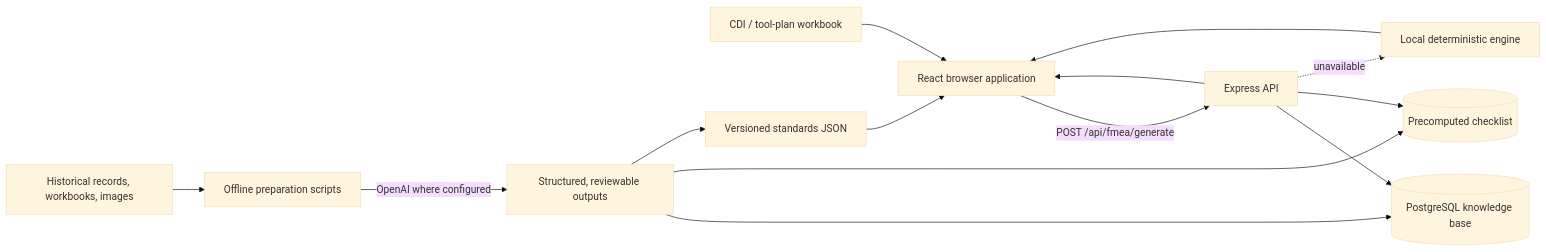
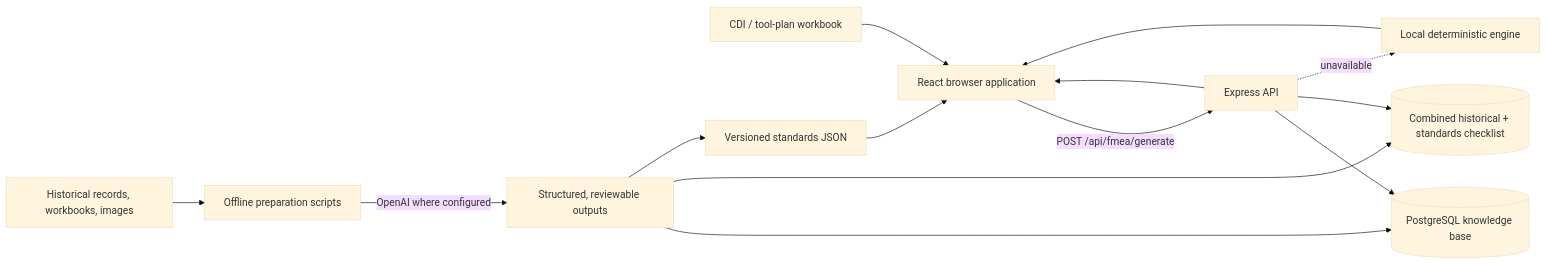
The diagram in README.md (alieffsl/AI-FMEA), drawn with Mermaid (base theme) before and after one commit. The commit also changed other lines of this file and 14 other files, not shown here.

First line of the commit message:
feat: add verification script for checklist standards and utility functions for source handling

````diff
--- a/README.md
+++ b/README.md
@@ -33,17 +33,17 @@
 ```mermaid
 flowchart LR
     CDI[CDI / tool-plan workbook] --> UI[React browser application]
     UI -->|POST /api/fmea/generate| API[Express API]
     API --> KB[(PostgreSQL knowledge base)]
-    API --> CL[(Precomputed checklist)]
+    API --> CL[(Combined historical + standards checklist)]
     API --> UI
     API -. unavailable .-> LOCAL[Local deterministic engine]
     LOCAL --> UI
 
     SOURCES[Historical records, workbooks, images] --> PIPE[Offline preparation scripts]
     PIPE -->|OpenAI where configured| REVIEW[Structured, reviewable outputs]
     REVIEW --> KB
     REVIEW --> CL
     REVIEW --> JSON[Versioned standards JSON]
     JSON --> UI
 ```
````
